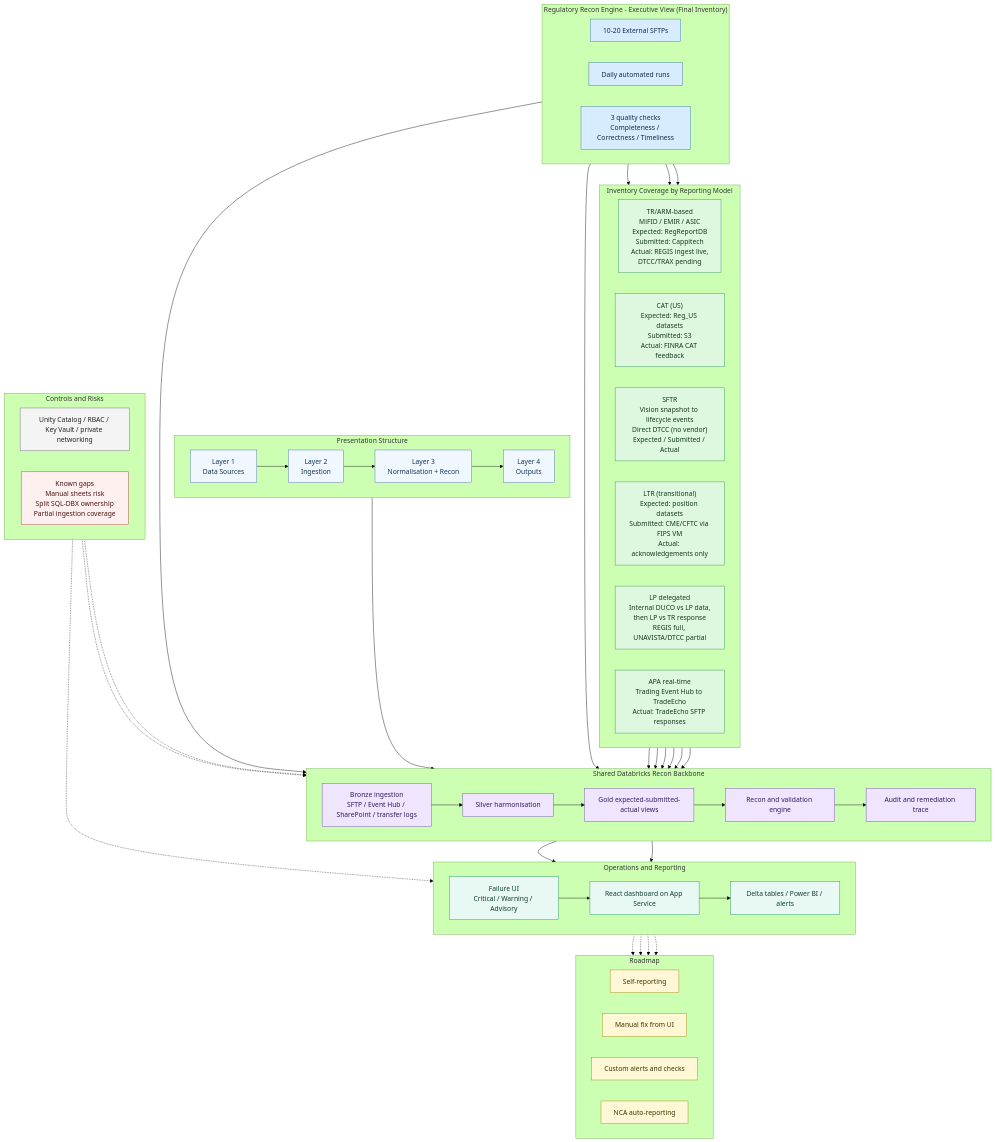
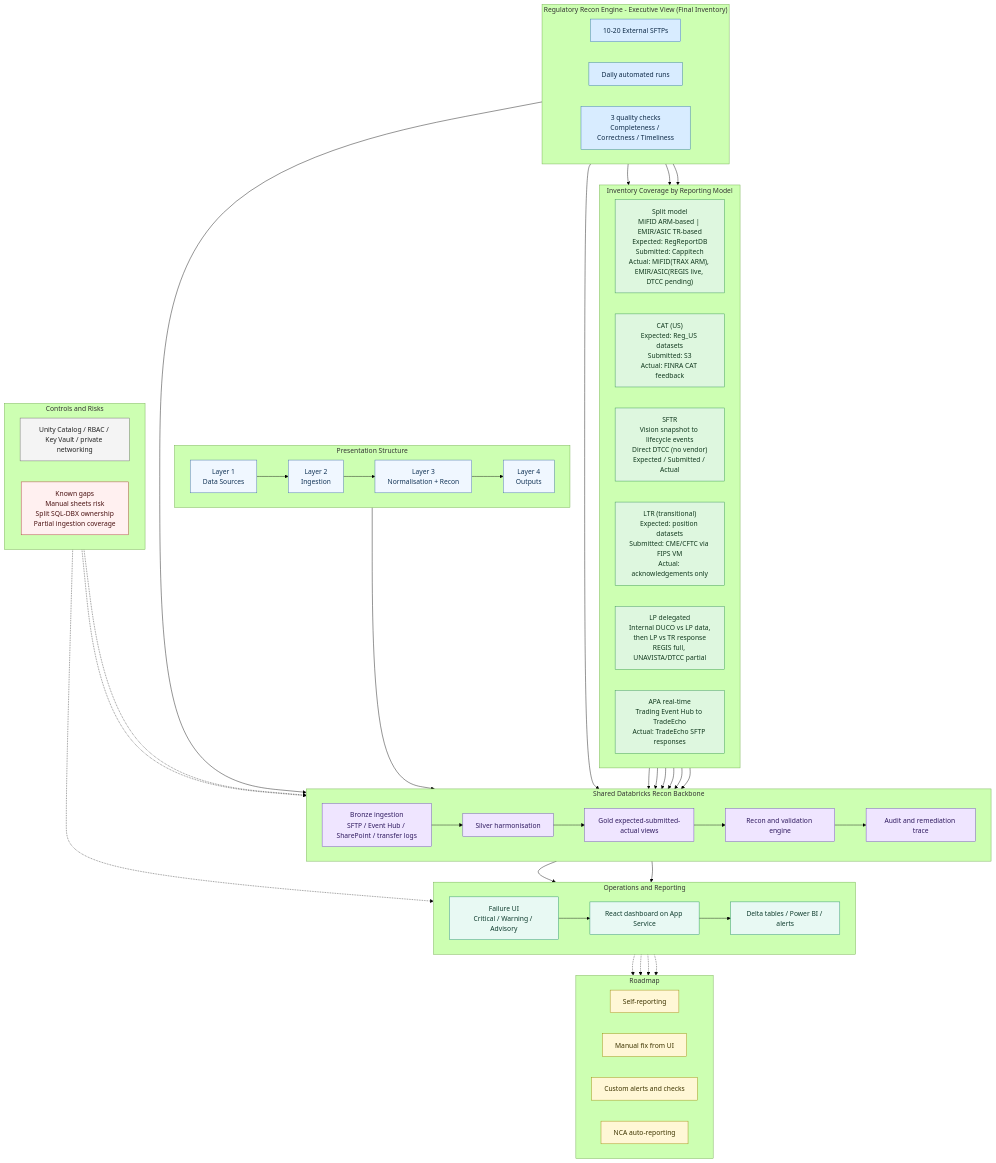
Before and after one commit to valentinosko-hub/RegTech: the diagram in regtech-automation-project/diagrams/regtech-recon-engine-exec-diagram.mmd, drawn with Mermaid (forest theme). The commit also changed 14 other files, not shown here.

Commit message:
Clarify MiFID ARM vs EMIR/ASIC TR taxonomy across diagrams

```diff
--- a/regtech-automation-project/diagrams/regtech-recon-engine-exec-diagram.mmd
+++ b/regtech-automation-project/diagrams/regtech-recon-engine-exec-diagram.mmd
@@ -1,102 +1,102 @@
 flowchart TD
   subgraph KPI["Regulatory Recon Engine - Executive View (Final Inventory)"]
     direction LR
     K1["10-20 External SFTPs"]
     K2["Daily automated runs"]
     K3["3 quality checks<br/>Completeness / Correctness / Timeliness"]
   end
 
   subgraph LAYER["Presentation Structure"]
     direction LR
     L1["Layer 1<br/>Data Sources"]
     L2["Layer 2<br/>Ingestion"]
     L3["Layer 3<br/>Normalisation + Recon"]
     L4["Layer 4<br/>Outputs"]
     L1 --> L2 --> L3 --> L4
   end
 
   subgraph MODELS["Inventory Coverage by Reporting Model"]
     direction LR
-    M1["TR/ARM-based<br/>MiFID / EMIR / ASIC<br/>Expected: RegReportDB<br/>Submitted: Cappitech<br/>Actual: REGIS ingest live,<br/>DTCC/TRAX pending"]
+    M1["Split model<br/>MiFID ARM-based | EMIR/ASIC TR-based<br/>Expected: RegReportDB<br/>Submitted: Cappitech<br/>Actual: MiFID(TRAX ARM), EMIR/ASIC(REGIS live, DTCC pending)"]
     M2["CAT (US)<br/>Expected: Reg_US datasets<br/>Submitted: S3<br/>Actual: FINRA CAT feedback"]
     M3["SFTR<br/>Vision snapshot to lifecycle events<br/>Direct DTCC (no vendor)<br/>Expected / Submitted / Actual"]
     M4["LTR (transitional)<br/>Expected: position datasets<br/>Submitted: CME/CFTC via FIPS VM<br/>Actual: acknowledgements only"]
     M5["LP delegated<br/>Internal DUCO vs LP data,<br/>then LP vs TR response<br/>REGIS full, UNAVISTA/DTCC partial"]
     M6["APA real-time<br/>Trading Event Hub to TradeEcho<br/>Actual: TradeEcho SFTP responses"]
   end
 
   subgraph CORE["Shared Databricks Recon Backbone"]
     direction LR
     BR["Bronze ingestion<br/>SFTP / Event Hub / SharePoint / transfer logs"]
     SI["Silver harmonisation"]
     GO["Gold expected-submitted-actual views"]
     RE["Recon and validation engine"]
     AU["Audit and remediation trace"]
     BR --> SI --> GO --> RE --> AU
   end
 
   subgraph OUT["Operations and Reporting"]
     direction LR
     UI["Failure UI<br/>Critical / Warning / Advisory"]
     DASH["React dashboard on App Service"]
     REP["Delta tables / Power BI / alerts"]
     UI --> DASH --> REP
   end
 
   subgraph CTRL["Controls and Risks"]
     direction LR
     SEC["Unity Catalog / RBAC / Key Vault / private networking"]
     RISK["Known gaps<br/>Manual sheets risk<br/>Split SQL-DBX ownership<br/>Partial ingestion coverage"]
   end
 
   subgraph ROAD["Roadmap"]
     direction LR
     R1["Self-reporting"]
     R2["Manual fix from UI"]
     R3["Custom alerts and checks"]
     R4["NCA auto-reporting"]
   end
 
   K1 --> M1
   K1 --> M3
   K1 --> M5
   K2 --> CORE
   K3 --> RE
 
   M1 --> BR
   M2 --> BR
   M3 --> BR
   M4 --> BR
   M5 --> BR
   M6 --> BR
 
   LAYER --> CORE
   RE --> UI
   AU --> UI
 
   SEC -.-> CORE
   SEC -.-> DASH
   RISK -.-> CORE
 
   DASH -.-> R1
   DASH -.-> R2
   DASH -.-> R3
   DASH -.-> R4
 
   classDef kpi fill:#d8ecff,stroke:#2f6fab,stroke-width:1px,color:#0e2a47;
   classDef layer fill:#f0f7ff,stroke:#3f6ca8,stroke-width:1px,color:#123457;
   classDef model fill:#def7df,stroke:#2f8f4f,stroke-width:1px,color:#12391f;
   classDef core fill:#efe5ff,stroke:#6f42c1,stroke-width:1px,color:#2f1a5f;
   classDef out fill:#e8f9f3,stroke:#1d8a66,stroke-width:1px,color:#0f3c2e;
   classDef ctrl fill:#f4f4f4,stroke:#666,stroke-width:1px,color:#222;
   classDef road fill:#fff7d6,stroke:#9b8700,stroke-width:1px,color:#3d3400;
   classDef risks fill:#fff0f0,stroke:#a33,stroke-width:1px,color:#4a1212;
 
   class K1,K2,K3 kpi;
   class L1,L2,L3,L4 layer;
   class M1,M2,M3,M4,M5,M6 model;
   class BR,SI,GO,RE,AU core;
   class UI,DASH,REP out;
   class SEC ctrl;
   class RISK risks;
   class R1,R2,R3,R4 road;
```
